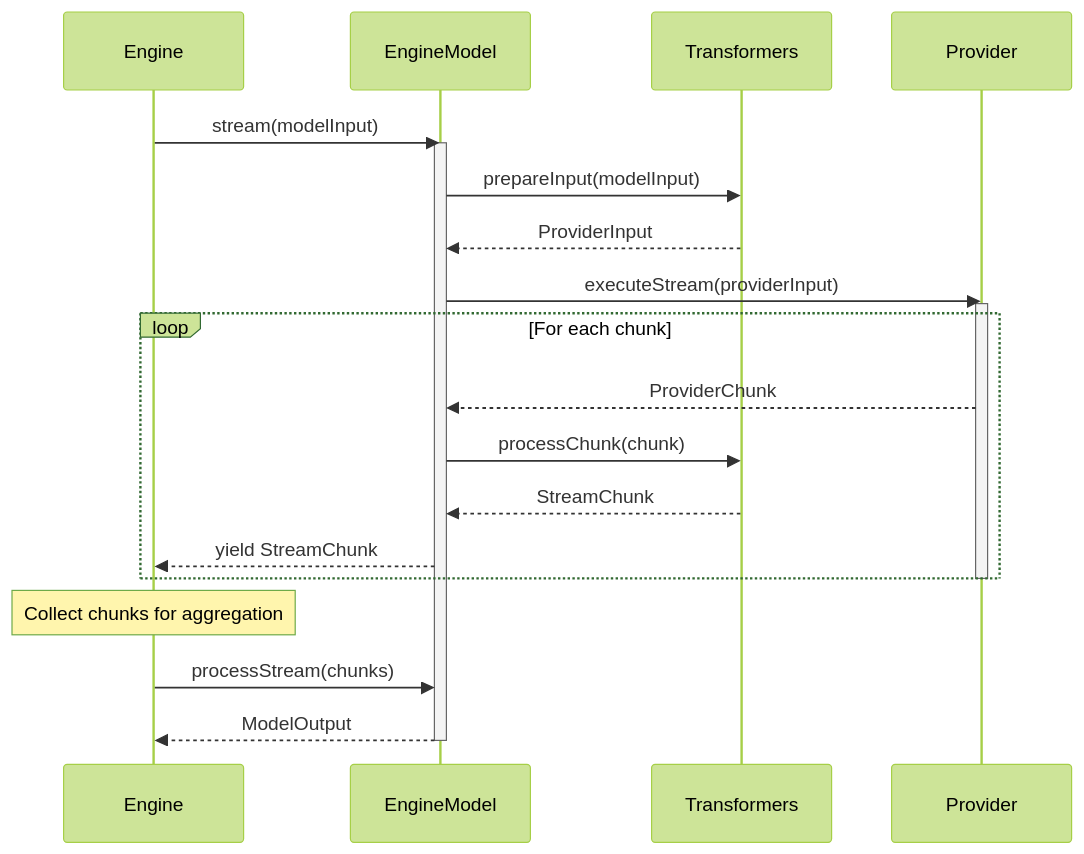
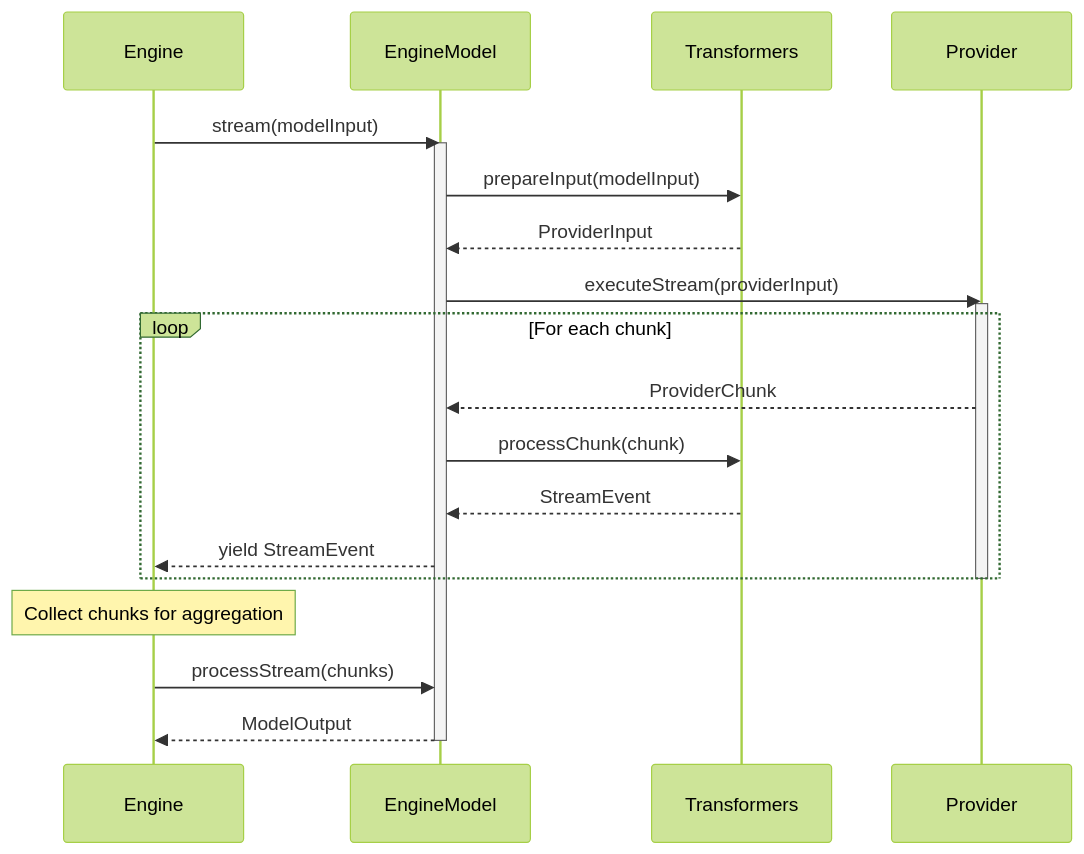
The third of 4 diagrams in packages/core/src/model/ARCHITECTURE.md (rlindgren/aidk), drawn with Mermaid (forest theme) before and after one commit. The commit also changed other lines of this file and 76 other files, not shown here.

````diff
--- a/packages/core/src/model/ARCHITECTURE.md
+++ b/packages/core/src/model/ARCHITECTURE.md
@@ -494,32 +494,32 @@
 ```mermaid
 sequenceDiagram
     participant Engine
     participant Model as EngineModel
     participant Transform as Transformers
     participant Provider
 
     Engine->>Model: stream(modelInput)
     activate Model
 
     Model->>Transform: prepareInput(modelInput)
     Transform-->>Model: ProviderInput
 
     Model->>Provider: executeStream(providerInput)
     activate Provider
 
     loop For each chunk
         Provider-->>Model: ProviderChunk
         Model->>Transform: processChunk(chunk)
-        Transform-->>Model: StreamChunk
-        Model-->>Engine: yield StreamChunk
+        Transform-->>Model: StreamEvent
+        Model-->>Engine: yield StreamEvent
     end
 
     deactivate Provider
 
     Note over Engine: Collect chunks for aggregation
 
     Engine->>Model: processStream(chunks)
     Model-->>Engine: ModelOutput
 
     deactivate Model
 ```
````
